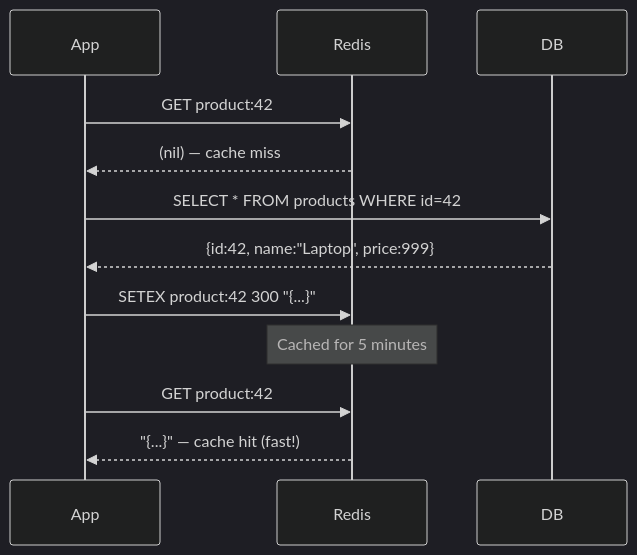
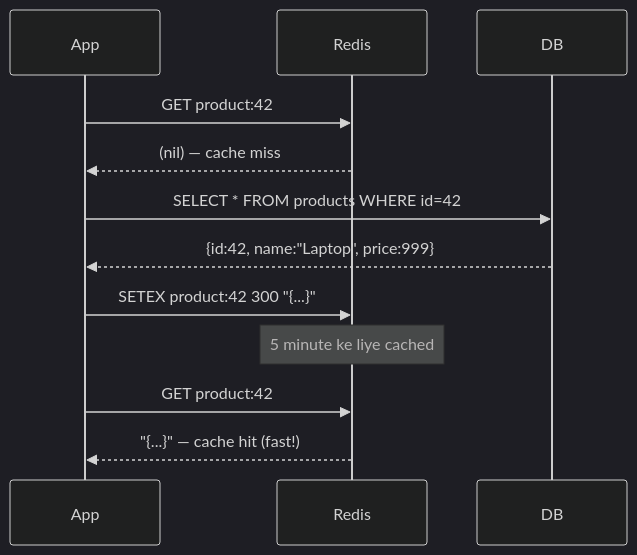
Before and after one commit to Siddesh-Pansare93/dev-notes: the sixth of 6 diagrams in database-notes/advanced-dbms/04-redis.md, drawn with Mermaid (dark theme). The commit also changed other lines of this file and 248 other files, not shown here.

````diff
--- a/database-notes/advanced-dbms/04-redis.md
+++ b/database-notes/advanced-dbms/04-redis.md
@@ -679,18 +687,18 @@
 ```mermaid
 sequenceDiagram
     participant App
     participant Redis
     participant DB
 
     App->>Redis: GET product:42
     Redis-->>App: (nil) — cache miss
 
     App->>DB: SELECT * FROM products WHERE id=42
     DB-->>App: {id:42, name:"Laptop", price:999}
 
     App->>Redis: SETEX product:42 300 "{...}"
-    Note over Redis: Cached for 5 minutes
+    Note over Redis: 5 minute ke liye cached
 
     App->>Redis: GET product:42
     Redis-->>App: "{...}" — cache hit (fast!)
 ```
````
